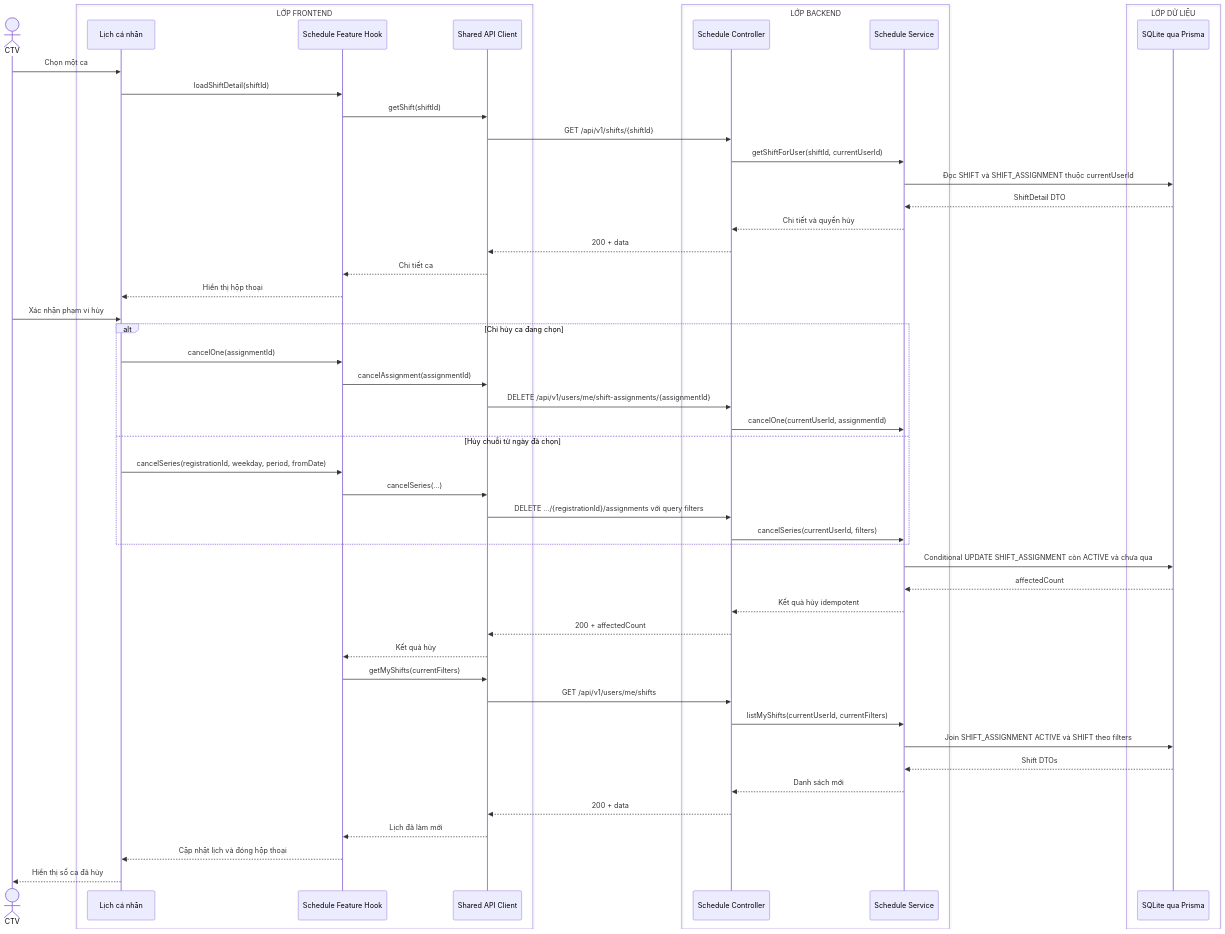
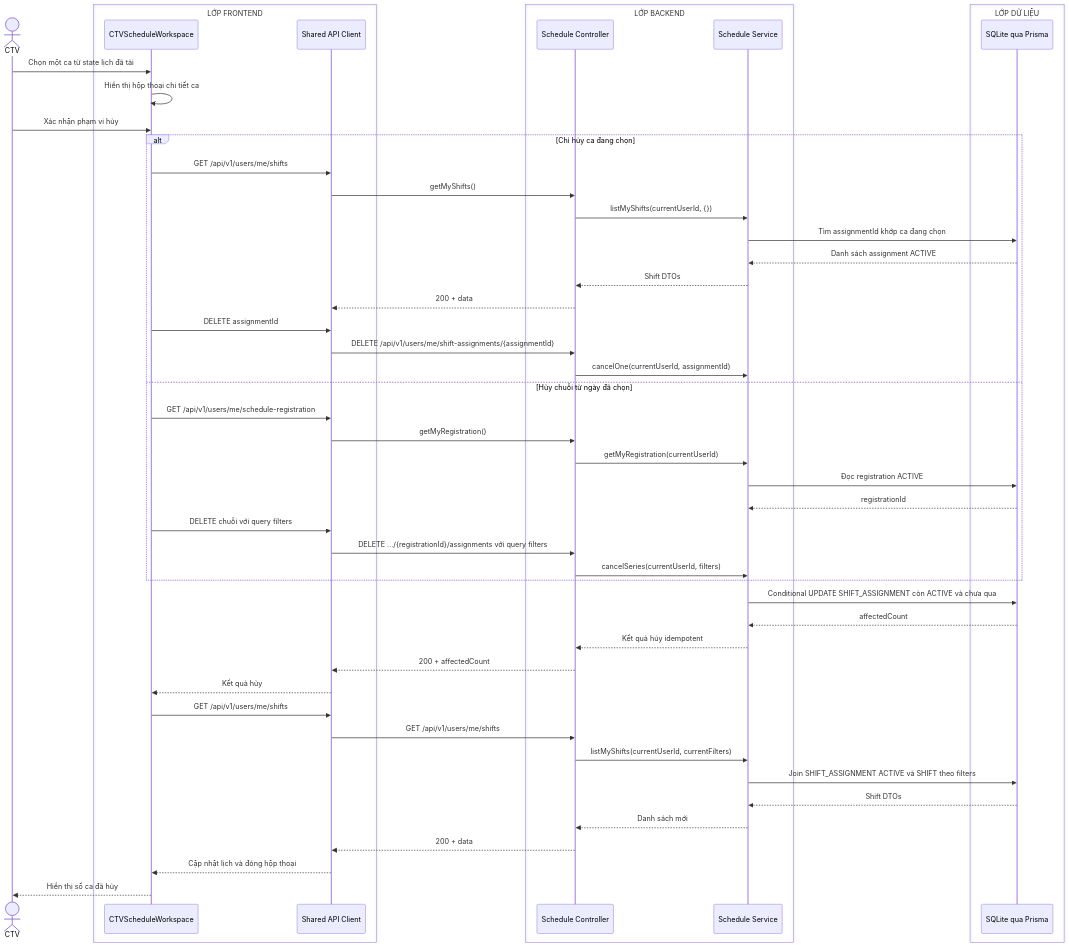
The diagram in docs/sequence-diagrams/06-huy-ca-lam-viec.md (MINHDZVODICH/ctv-manage), drawn with Mermaid before and after one commit. The commit also changed other lines of this file and 43 other files, not shown here.

````diff
--- a/docs/sequence-diagrams/06-huy-ca-lam-viec.md
+++ b/docs/sequence-diagrams/06-huy-ca-lam-viec.md
@@ -5,57 +5,56 @@
 ```mermaid
 sequenceDiagram
     actor U as CTV
     box LỚP FRONTEND
-        participant UI as Lịch cá nhân
-        participant H as Schedule Feature Hook
+        participant UI as CTVScheduleWorkspace
         participant API as Shared API Client
     end
     box LỚP BACKEND
         participant C as Schedule Controller
         participant S as Schedule Service
     end
     box LỚP DỮ LIỆU
         participant DB as SQLite qua Prisma
     end
 
-    U->>UI: Chọn một ca
-    UI->>H: loadShiftDetail(shiftId)
-    H->>API: getShift(shiftId)
-    API->>C: GET /api/v1/shifts/{shiftId}
-    C->>S: getShiftForUser(shiftId, currentUserId)
-    S->>DB: Đọc SHIFT và SHIFT_ASSIGNMENT thuộc currentUserId
-    DB-->>S: ShiftDetail DTO
-    S-->>C: Chi tiết và quyền hủy
-    C-->>API: 200 + data
-    API-->>H: Chi tiết ca
-    H-->>UI: Hiển thị hộp thoại
+    U->>UI: Chọn một ca từ state lịch đã tải
+    UI->>UI: Hiển thị hộp thoại chi tiết ca
 
     U->>UI: Xác nhận phạm vi hủy
     alt Chỉ hủy ca đang chọn
-        UI->>H: cancelOne(assignmentId)
-        H->>API: cancelAssignment(assignmentId)
+        UI->>API: GET /api/v1/users/me/shifts
+        API->>C: getMyShifts()
+        C->>S: listMyShifts(currentUserId, {})
+        S->>DB: Tìm assignmentId khớp ca đang chọn
+        DB-->>S: Danh sách assignment ACTIVE
+        S-->>C: Shift DTOs
+        C-->>API: 200 + data
+        UI->>API: DELETE assignmentId
         API->>C: DELETE /api/v1/users/me/shift-assignments/{assignmentId}
         C->>S: cancelOne(currentUserId, assignmentId)
     else Hủy chuỗi từ ngày đã chọn
-        UI->>H: cancelSeries(registrationId, weekday, period, fromDate)
-        H->>API: cancelSeries(...)
+        UI->>API: GET /api/v1/users/me/schedule-registration
+        API->>C: getMyRegistration()
+        C->>S: getMyRegistration(currentUserId)
+        S->>DB: Đọc registration ACTIVE
+        DB-->>S: registrationId
+        UI->>API: DELETE chuỗi với query filters
         API->>C: DELETE .../{registrationId}/assignments với query filters
         C->>S: cancelSeries(currentUserId, filters)
     end
 
     S->>DB: Conditional UPDATE SHIFT_ASSIGNMENT còn ACTIVE và chưa qua
     DB-->>S: affectedCount
     S-->>C: Kết quả hủy idempotent
     C-->>API: 200 + affectedCount
-    API-->>H: Kết quả hủy
-    H->>API: getMyShifts(currentFilters)
+    API-->>UI: Kết quả hủy
+    UI->>API: GET /api/v1/users/me/shifts
     API->>C: GET /api/v1/users/me/shifts
     C->>S: listMyShifts(currentUserId, currentFilters)
     S->>DB: Join SHIFT_ASSIGNMENT ACTIVE và SHIFT theo filters
     DB-->>S: Shift DTOs
     S-->>C: Danh sách mới
     C-->>API: 200 + data
-    API-->>H: Lịch đã làm mới
-    H-->>UI: Cập nhật lịch và đóng hộp thoại
+    API-->>UI: Cập nhật lịch và đóng hộp thoại
     UI-->>U: Hiển thị số ca đã hủy
 ```
````
